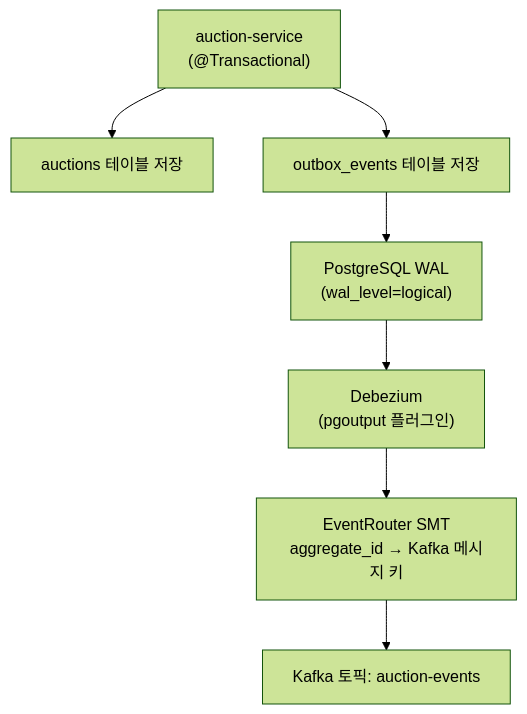
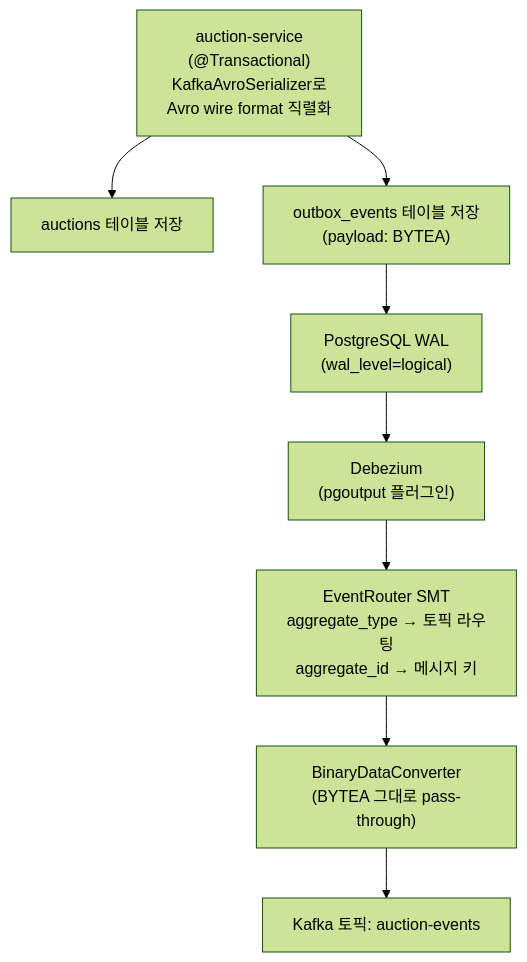
Before and after one commit to jaehoon9875/realtime-auction-service: the diagram in docs/debezium-connector.md, drawn with Mermaid (forest theme). The commit also changed other lines of this file and 12 other files, not shown here.

````diff
--- a/docs/debezium-connector.md
+++ b/docs/debezium-connector.md
@@ -14,17 +17,19 @@
 ```mermaid
 graph TD
-    AS["auction-service<br/>(@Transactional)"]
+    AS["auction-service<br/>(@Transactional)<br/>KafkaAvroSerializer로<br/>Avro wire format 직렬화"]
     AT["auctions 테이블 저장"]
-    OT["outbox_events 테이블 저장"]
+    OT["outbox_events 테이블 저장<br/>(payload: BYTEA)"]
     WAL["PostgreSQL WAL<br/>(wal_level=logical)"]
     DEB["Debezium<br/>(pgoutput 플러그인)"]
-    SMT["EventRouter SMT<br/>aggregate_id → Kafka 메시지 키"]
+    SMT["EventRouter SMT<br/>aggregate_type → 토픽 라우팅<br/>aggregate_id → 메시지 키"]
+    CONV["BinaryDataConverter<br/>(BYTEA 그대로 pass-through)"]
     KAFKA["Kafka 토픽: auction-events"]
 
     AS --> AT
     AS --> OT
     OT --> WAL
     WAL --> DEB
     DEB --> SMT
-    SMT --> KAFKA
+    SMT --> CONV
+    CONV --> KAFKA
 ```
````
